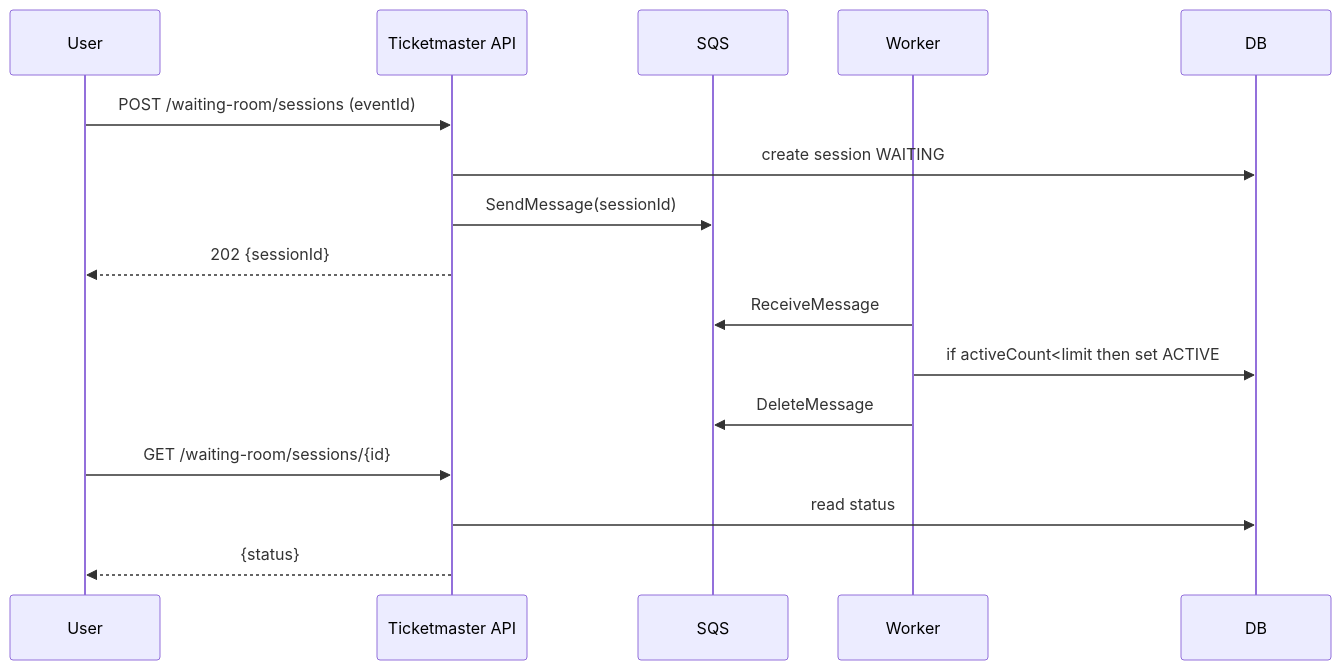
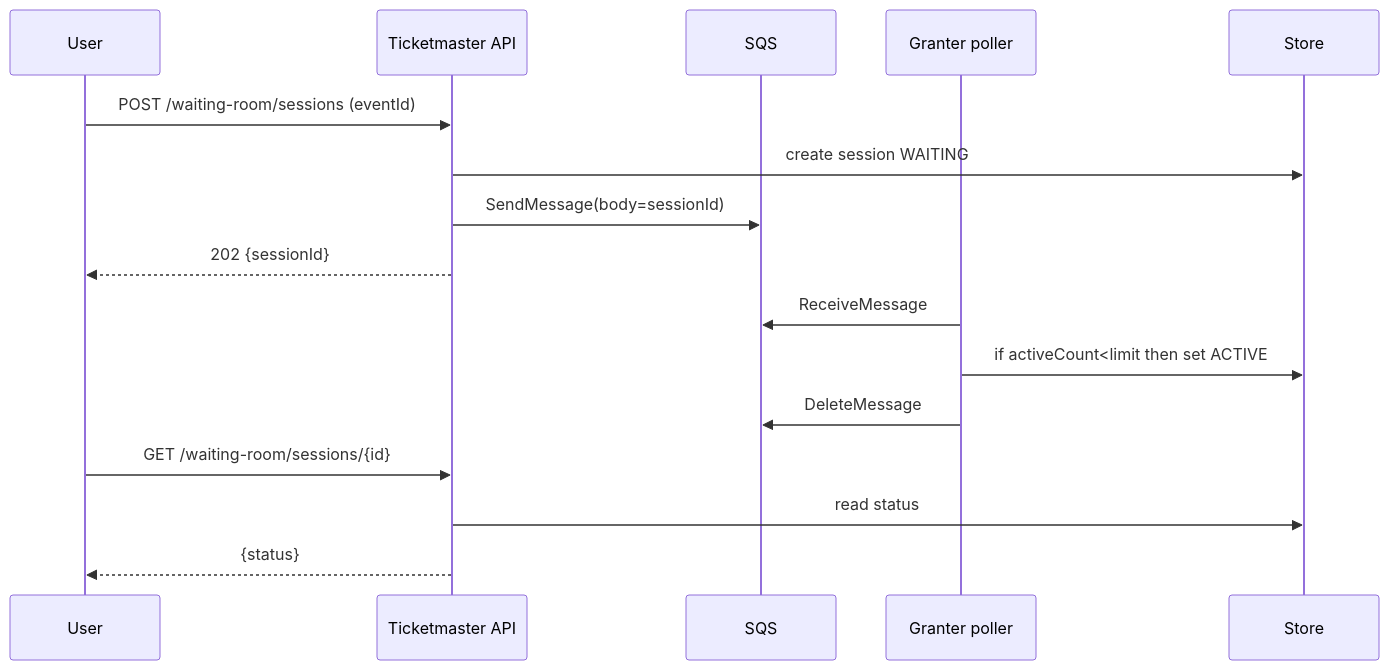
The second of 2 diagrams in ticketmaster/tech-waiting-room/sqs/README.md (ShalomDeitch1/examples), drawn with Mermaid before and after one commit. The commit also changed other lines of this file and 81 other files, not shown here.

````diff
--- a/ticketmaster/tech-waiting-room/sqs/README.md
+++ b/ticketmaster/tech-waiting-room/sqs/README.md
@@ -32,21 +34,21 @@
 ```mermaid
 sequenceDiagram
   participant U as User
   participant TM as Ticketmaster API
   participant Q as SQS
-  participant W as Worker
-  participant DB as DB
+  participant W as Granter poller
+  participant S as Store
 
   U->>TM: POST /waiting-room/sessions (eventId)
-  TM->>DB: create session WAITING
-  TM->>Q: SendMessage(sessionId)
+  TM->>S: create session WAITING
+  TM->>Q: SendMessage(body=sessionId)
   TM-->>U: 202 {sessionId}
 
   W->>Q: ReceiveMessage
-  W->>DB: if activeCount<limit then set ACTIVE
+  W->>S: if activeCount<limit then set ACTIVE
   W->>Q: DeleteMessage
 
   U->>TM: GET /waiting-room/sessions/{id}
-  TM->>DB: read status
+  TM->>S: read status
   TM-->>U: {status}
 ```
````
